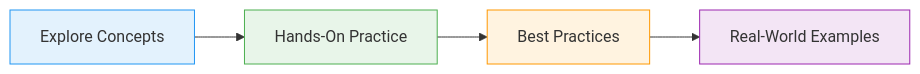
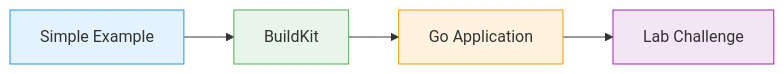
Before and after one commit to sixeyed/azure-az204: the diagram in slides/docker-build/006.md, drawn with Mermaid. The commit also changed other lines of this file and 452 other files, not shown here.

````diff
--- a/slides/docker-build/006.md
+++ b/slides/docker-build/006.md
@@ -7,11 +9,11 @@
 ```mermaid
 graph LR
-    A[Explore Concepts] --> B[Hands-On Practice]
-    B --> C[Best Practices]
-    C --> D[Real-World Examples]
+    A[Simple Example] --> B[BuildKit]
+    B --> C[Go Application]
+    C --> D[Lab Challenge]
 
     style A fill:#e3f2fd,stroke:#2196f3
     style B fill:#e8f5e9,stroke:#4caf50
     style C fill:#fff3e0,stroke:#ff9800
     style D fill:#f3e5f5,stroke:#9c27b0
 ```
````
